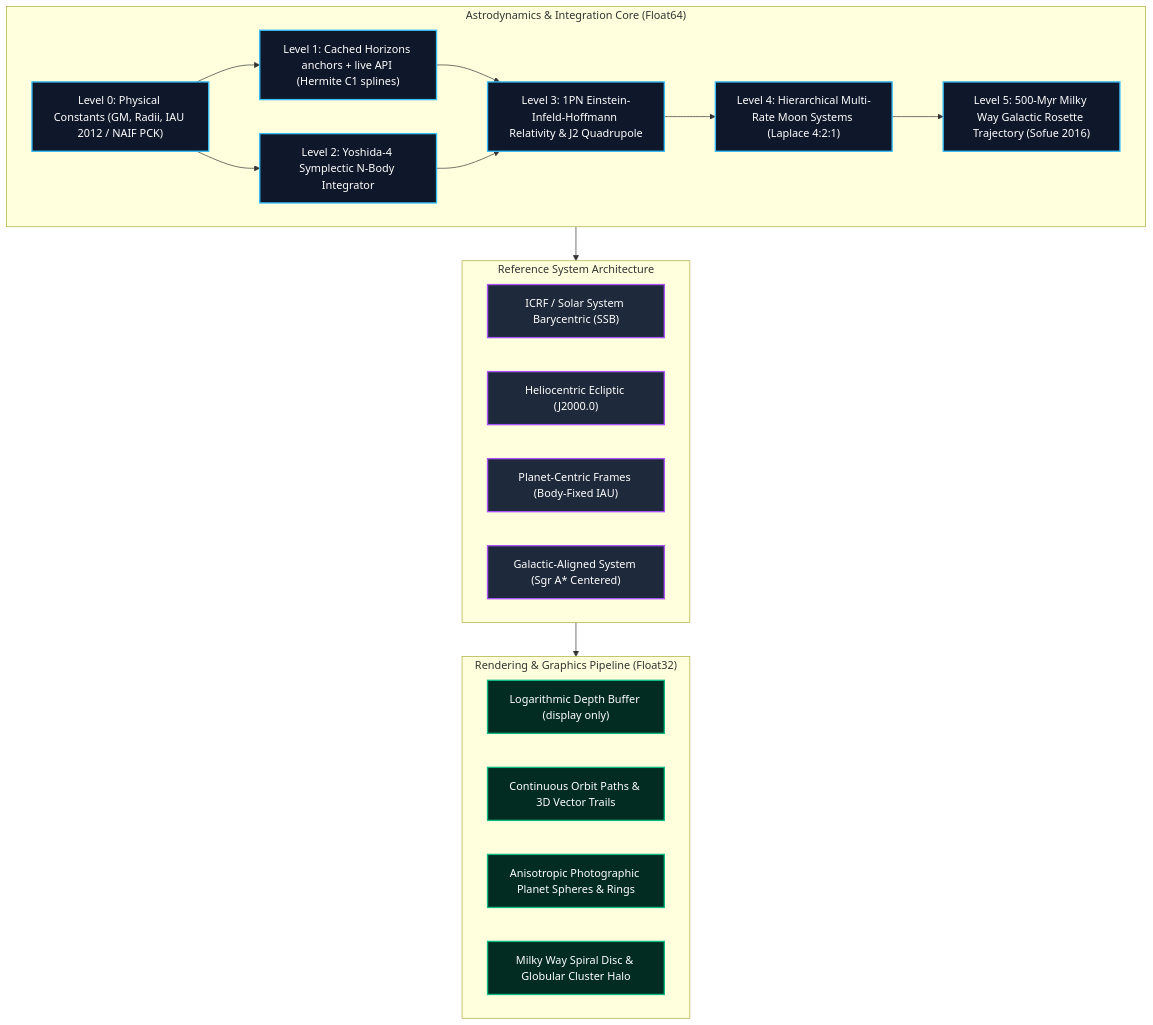
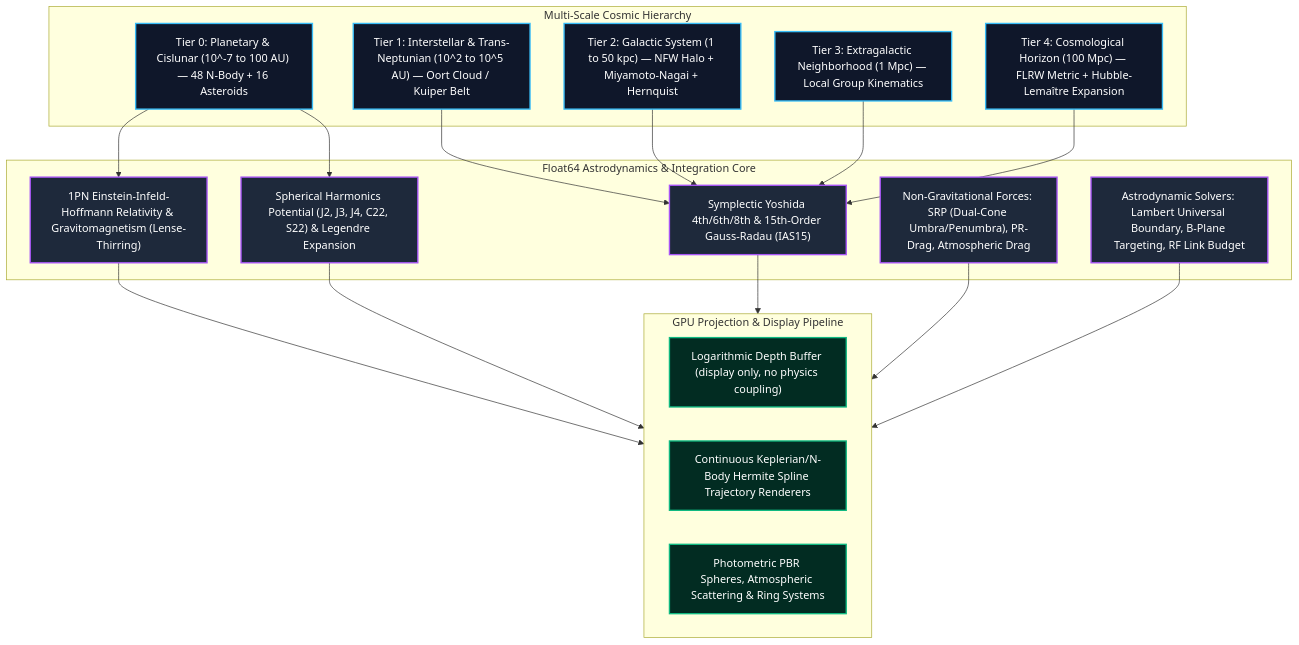
The first of 4 diagrams in README.md (Destroyer-official/ASTRION), drawn with Mermaid before and after one commit. The commit also changed other lines of this file, not shown here.

Commit message:
docs(readme): add comprehensive mathematical specifications, derivations, and algorithmic proofs across all 5 cosmic tiers

````diff
--- a/README.md
+++ b/README.md
@@ -88,34 +21,33 @@
 ```mermaid
 graph TD
-    classDef truth fill:#0f172a,stroke:#38bdf8,stroke-width:2px,color:#fff;
-    classDef frame fill:#1e293b,stroke:#a855f7,stroke-width:2px,color:#fff;
+    classDef tier fill:#0f172a,stroke:#38bdf8,stroke-width:2px,color:#fff;
+    classDef solver fill:#1e293b,stroke:#a855f7,stroke-width:2px,color:#fff;
     classDef render fill:#022c22,stroke:#10b981,stroke-width:2px,color:#fff;
 
-    subgraph AstrodynamicsEngine["Astrodynamics & Integration Core (Float64)"]
-        L0["Level 0: Physical Constants (GM, Radii, IAU 2012 / NAIF PCK)"]:::truth
-        L1["Level 1: Cached Horizons anchors + live API (Hermite C1 splines)"]:::truth
-        L2["Level 2: Yoshida-4 Symplectic N-Body Integrator"]:::truth
-        L3["Level 3: 1PN Einstein-Infeld-Hoffmann Relativity & J2 Quadrupole"]:::truth
-        L4["Level 4: Hierarchical Multi-Rate Moon Systems (Laplace 4:2:1)"]:::truth
-        L5["Level 5: 500-Myr Milky Way Galactic Rosette Trajectory (Sofue 2016)"]:::truth
+    subgraph CosmicTiers["Multi-Scale Cosmic Hierarchy"]
+        T0["Tier 0: Planetary & Cislunar (10^-7 to 100 AU) — 48 N-Body + 16 Asteroids"]:::tier
+        T1["Tier 1: Interstellar & Trans-Neptunian (10^2 to 10^5 AU) — Oort Cloud / Kuiper Belt"]:::tier
+        T2["Tier 2: Galactic System (1 to 50 kpc) — NFW Halo + Miyamoto-Nagai + Hernquist"]:::tier
+        T3["Tier 3: Extragalactic Neighborhood (1 Mpc) — Local Group Kinematics"]:::tier
+        T4["Tier 4: Cosmological Horizon (100 Mpc) — FLRW Metric + Hubble-Lemaître Expansion"]:::tier
     end
 
-    subgraph CoordinateTransformations["Reference System Architecture"]
-        F1["ICRF / Solar System Barycentric (SSB)"]:::frame
-        F2["Heliocentric Ecliptic (J2000.0)"]:::frame
-        F3["Planet-Centric Frames (Body-Fixed IAU)"]:::frame
-        F4["Galactic-Aligned System (Sgr A* Centered)"]:::frame
+    subgraph DynamicsCore["Float64 Astrodynamics & Integration Core"]
+        S1["1PN Einstein-Infeld-Hoffmann Relativity & Gravitomagnetism (Lense-Thirring)"]:::solver
+        S2["Spherical Harmonics Potential (J2, J3, J4, C22, S22) & Legendre Expansion"]:::solver
+        S3["Symplectic Yoshida 4th/6th/8th & 15th-Order Gauss-Radau (IAS15)"]:::solver
+        S4["Non-Gravitational Forces: SRP (Dual-Cone Umbra/Penumbra), PR-Drag, Atmospheric Drag"]:::solver
+        S5["Astrodynamic Solvers: Lambert Universal Boundary, B-Plane Targeting, RF Link Budget"]:::solver
     end
 
-    subgraph VisualProjection["Rendering & Graphics Pipeline (Float32)"]
-        R1["Logarithmic Depth Buffer (display only)"]:::render
-        R2["Continuous Orbit Paths & 3D Vector Trails"]:::render
-        R3["Anisotropic Photographic Planet Spheres & Rings"]:::render
-        R4["Milky Way Spiral Disc & Globular Cluster Halo"]:::render
+    subgraph VisualizationLayer["GPU Projection & Display Pipeline"]
+        R1["Logarithmic Depth Buffer (display only, no physics coupling)"]:::render
+        R2["Continuous Keplerian/N-Body Hermite Spline Trajectory Renderers"]:::render
+        R3["Photometric PBR Spheres, Atmospheric Scattering & Ring Systems"]:::render
     end
 
-    L0 --> L1 & L2
-    L1 & L2 --> L3 --> L4 --> L5
-    AstrodynamicsEngine --> CoordinateTransformations
-    CoordinateTransformations --> VisualProjection
+    T0 --> S1 & S2
+    T1 & T2 --> S3
+    T3 & T4 --> S3
+    S1 & S2 & S3 & S4 & S5 --> VisualizationLayer
 ```
````
